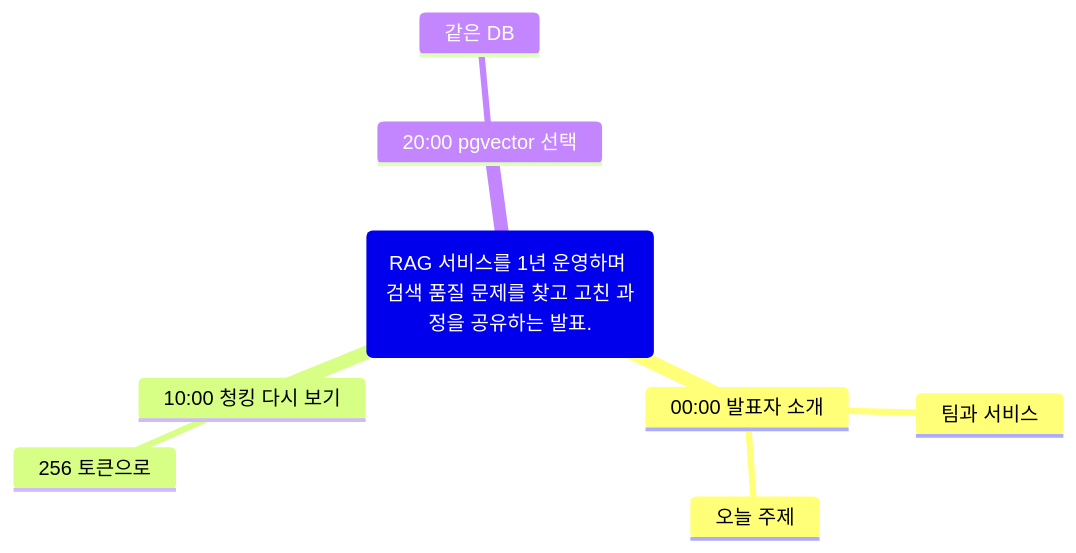
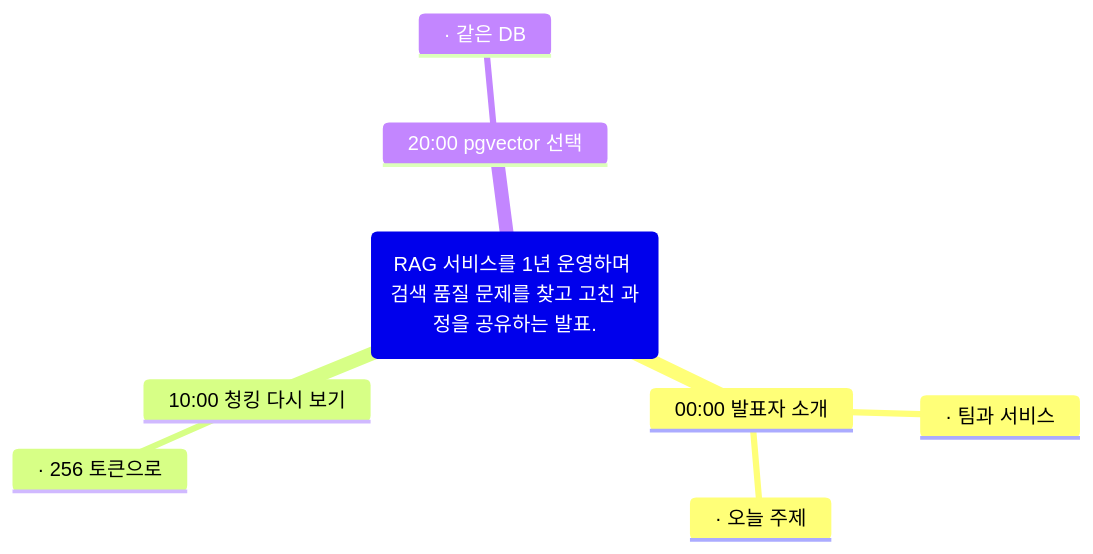
Before and after one commit to HoyoungParkme/video-agent: the second of 2 diagrams in backend/tests/domains/analysis/snapshots/export_youtube_50m.md, drawn with Mermaid. The commit also changed 3 other files, not shown here.

First line of the commit message:
code(D1): export.mindmap — 따옴표 · < > * _ % #도 전각으로, 요점 앞에 가운뎃점

````diff
--- a/backend/tests/domains/analysis/snapshots/export_youtube_50m.md
+++ b/backend/tests/domains/analysis/snapshots/export_youtube_50m.md
@@ -21,11 +21,11 @@
 ```mermaid
 mindmap
   root(RAG 서비스를 1년 운영하며 검색 품질 문제를 찾고 고친 과정을 공유하는 발표.)
     00:00 발표자 소개
-      팀과 서비스
-      오늘 주제
+      · 팀과 서비스
+      · 오늘 주제
     10:00 청킹 다시 보기
-      256 토큰으로
+      · 256 토큰으로
     20:00 pgvector 선택
-      같은 DB
+      · 같은 DB
 ```
````
